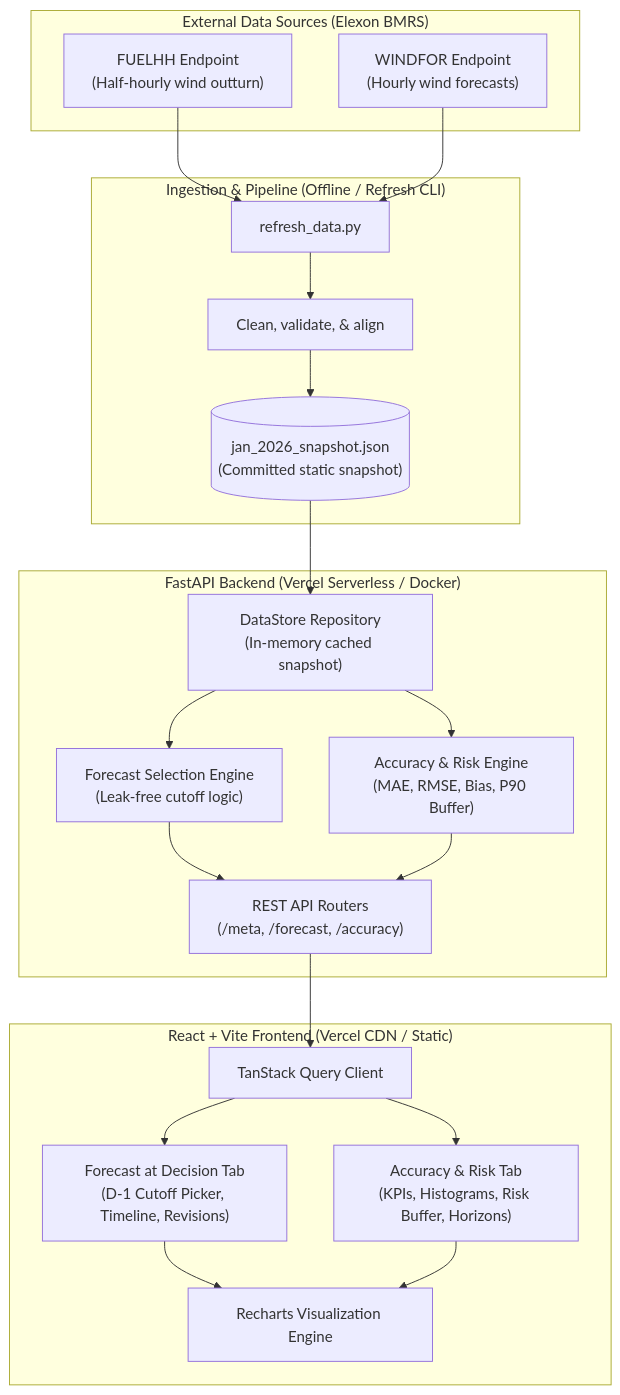
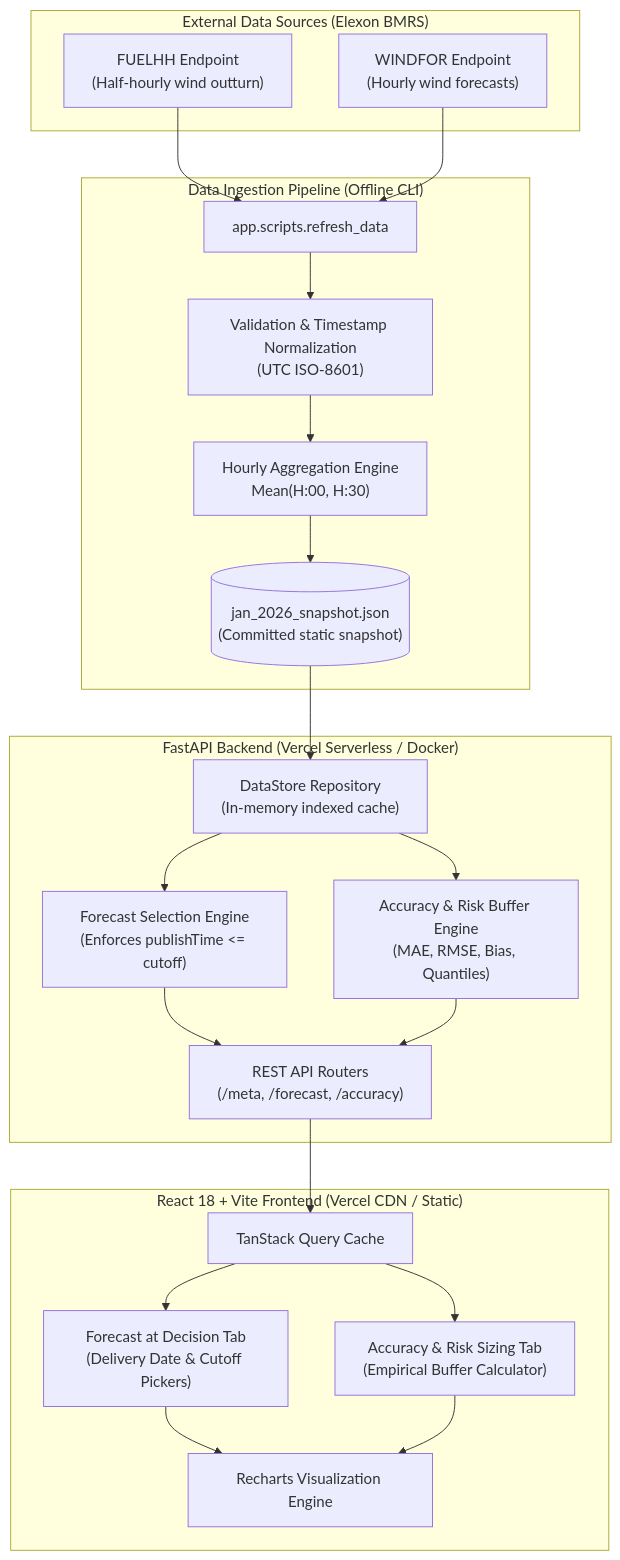
The first of 2 diagrams in docs/ARCHITECTURE.md (UtkarshWoc/ReInt-asdng), drawn with Mermaid before and after one commit. The commit also changed other lines of this file and 2 other files, not shown here.

Commit message:
docs: complete README, ARCHITECTURE.md with mermaid diagrams, and VIDEO_SCRIPT.md

````diff
--- a/docs/ARCHITECTURE.md
+++ b/docs/ARCHITECTURE.md
@@ -7,42 +9,44 @@
 ```mermaid
 flowchart TD
     subgraph External["External Data Sources (Elexon BMRS)"]
         F_API["FUELHH Endpoint\n(Half-hourly wind outturn)"]
         W_API["WINDFOR Endpoint\n(Hourly wind forecasts)"]
     end
 
-    subgraph Ingestion["Ingestion & Pipeline (Offline / Refresh CLI)"]
-        CLI["refresh_data.py"]
-        CLEAN["Clean, validate, & align"]
+    subgraph Pipeline["Data Ingestion Pipeline (Offline CLI)"]
+        CLI["app.scripts.refresh_data"]
+        CLEAN["Validation & Timestamp Normalization\n(UTC ISO-8601)"]
+        ALIGN["Hourly Aggregation Engine\nMean(H:00, H:30)"]
         SNAP[("jan_2026_snapshot.json\n(Committed static snapshot)")]
+        
         F_API --> CLI
         W_API --> CLI
-        CLI --> CLEAN --> SNAP
+        CLI --> CLEAN --> ALIGN --> SNAP
     end
 
     subgraph Backend["FastAPI Backend (Vercel Serverless / Docker)"]
-        STORE["DataStore Repository\n(In-memory cached snapshot)"]
-        SELECTOR["Forecast Selection Engine\n(Leak-free cutoff logic)"]
-        METRICS["Accuracy & Risk Engine\n(MAE, RMSE, Bias, P90 Buffer)"]
+        STORE["DataStore Repository\n(In-memory indexed cache)"]
+        SELECTOR["Forecast Selection Engine\n(Enforces publishTime <= cutoff)"]
+        METRICS["Accuracy & Risk Buffer Engine\n(MAE, RMSE, Bias, Quantiles)"]
         ROUTERS["REST API Routers\n(/meta, /forecast, /accuracy)"]
 
         SNAP --> STORE
         STORE --> SELECTOR
         STORE --> METRICS
         SELECTOR --> ROUTERS
         METRICS --> ROUTERS
     end
 
-    subgraph Frontend["React + Vite Frontend (Vercel CDN / Static)"]
-        QUERY["TanStack Query Client"]
-        P_DEC["Forecast at Decision Tab\n(D-1 Cutoff Picker, Timeline, Revisions)"]
-        P_ACC["Accuracy & Risk Tab\n(KPIs, Histograms, Risk Buffer, Horizons)"]
+    subgraph Frontend["React 18 + Vite Frontend (Vercel CDN / Static)"]
+        QUERY["TanStack Query Cache"]
+        TAB_DEC["Forecast at Decision Tab\n(Delivery Date & Cutoff Pickers)"]
+        TAB_ACC["Accuracy & Risk Sizing Tab\n(Empirical Buffer Calculator)"]
         RECHARTS["Recharts Visualization Engine"]
 
         ROUTERS --> QUERY
-        QUERY --> P_DEC
-        QUERY --> P_ACC
-        P_DEC --> RECHARTS
-        P_ACC --> RECHARTS
+        QUERY --> TAB_DEC
+        QUERY --> TAB_ACC
+        TAB_DEC --> RECHARTS
+        TAB_ACC --> RECHARTS
     end
 ```
````
